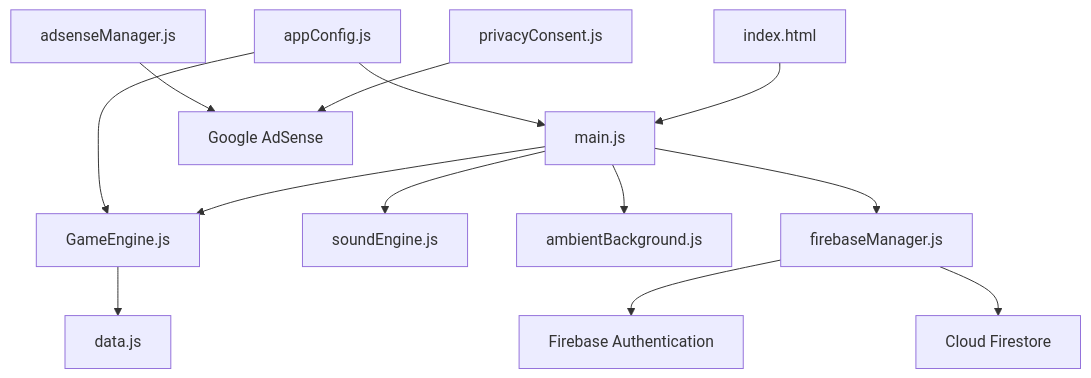
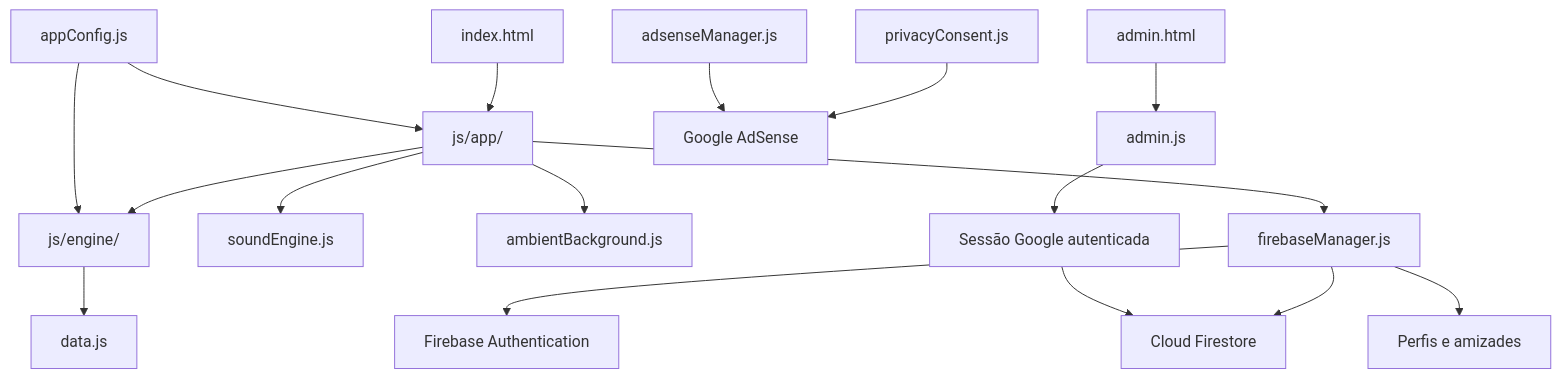
One commit to kaikdandrade/FazendaSerena changed the second of 2 diagrams in README.md. Above: the diagram before and after it, drawn with Mermaid. The commit also changed other lines of this file, not shown here.

Commit message:
Update README.md to replace PNG images with WEBP format for improved loading times, update version number to 1.0.1, and refine game descriptions and sections for clarity.

````diff
--- a/README.md
+++ b/README.md
@@ -256,15 +276,19 @@
 ```mermaid
 flowchart TD
-    HTML[index.html] --> UI[main.js]
-    UI --> ENGINE[GameEngine.js]
+    HTML[index.html] --> UI[js/app/]
+    UI --> ENGINE[js/engine/]
     ENGINE --> DATA[data.js]
     UI --> AUDIO[soundEngine.js]
     UI --> AMBIENT[ambientBackground.js]
     UI --> FIREBASE[firebaseManager.js]
     FIREBASE --> AUTH[Firebase Authentication]
     FIREBASE --> STORE[Cloud Firestore]
+    FIREBASE --> SOCIAL[Perfis e amizades]
+    ADMINHTML[admin.html] --> ADMINJS[admin.js]
+    ADMINJS --> ADMINLOGIN[Sessão Google autenticada]
+    ADMINLOGIN --> STORE
     CONSENT[privacyConsent.js] --> ADS[Google AdSense]
     ADSMANAGER[adsenseManager.js] --> ADS
     CONFIG[appConfig.js] --> UI
     CONFIG --> ENGINE
 ```
````
